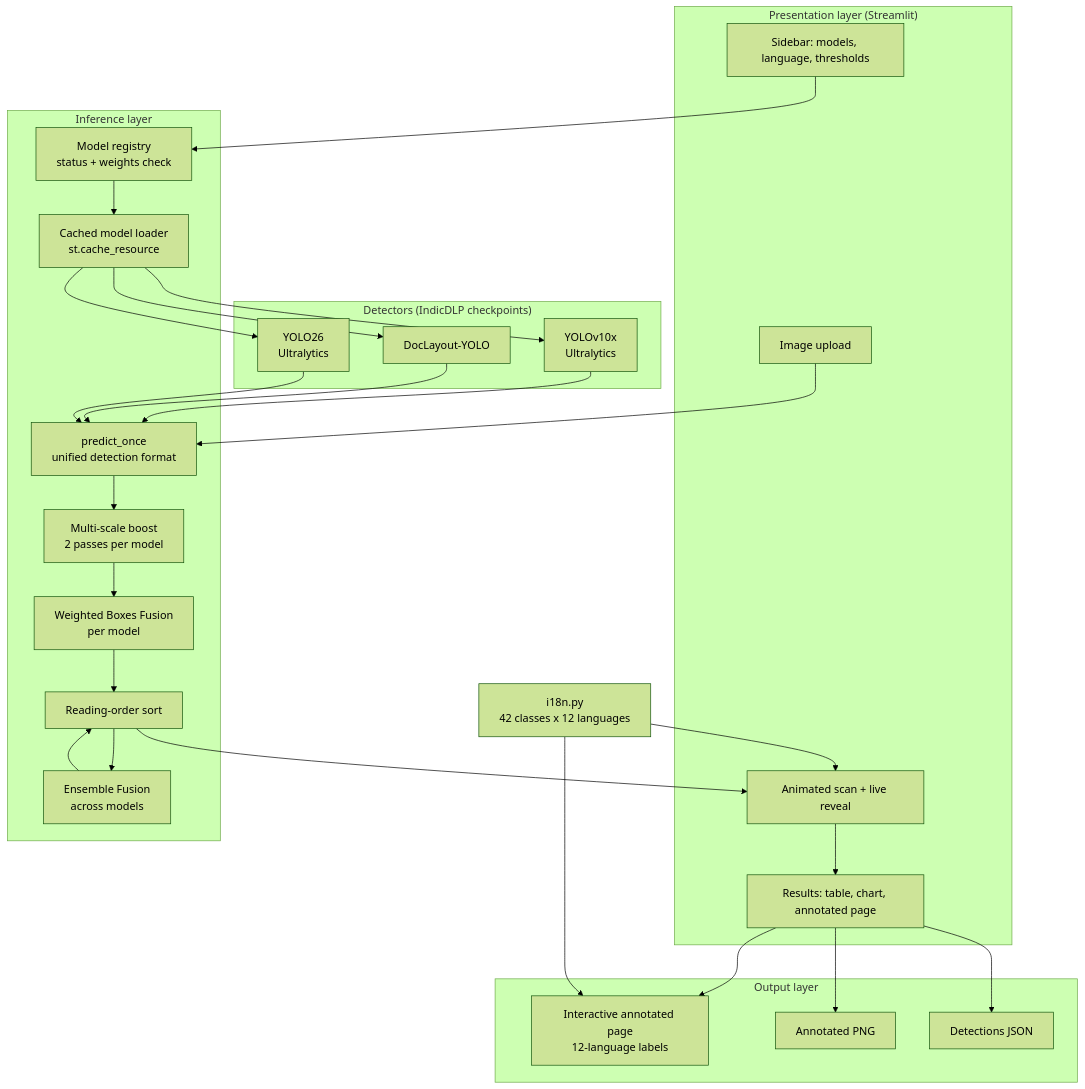
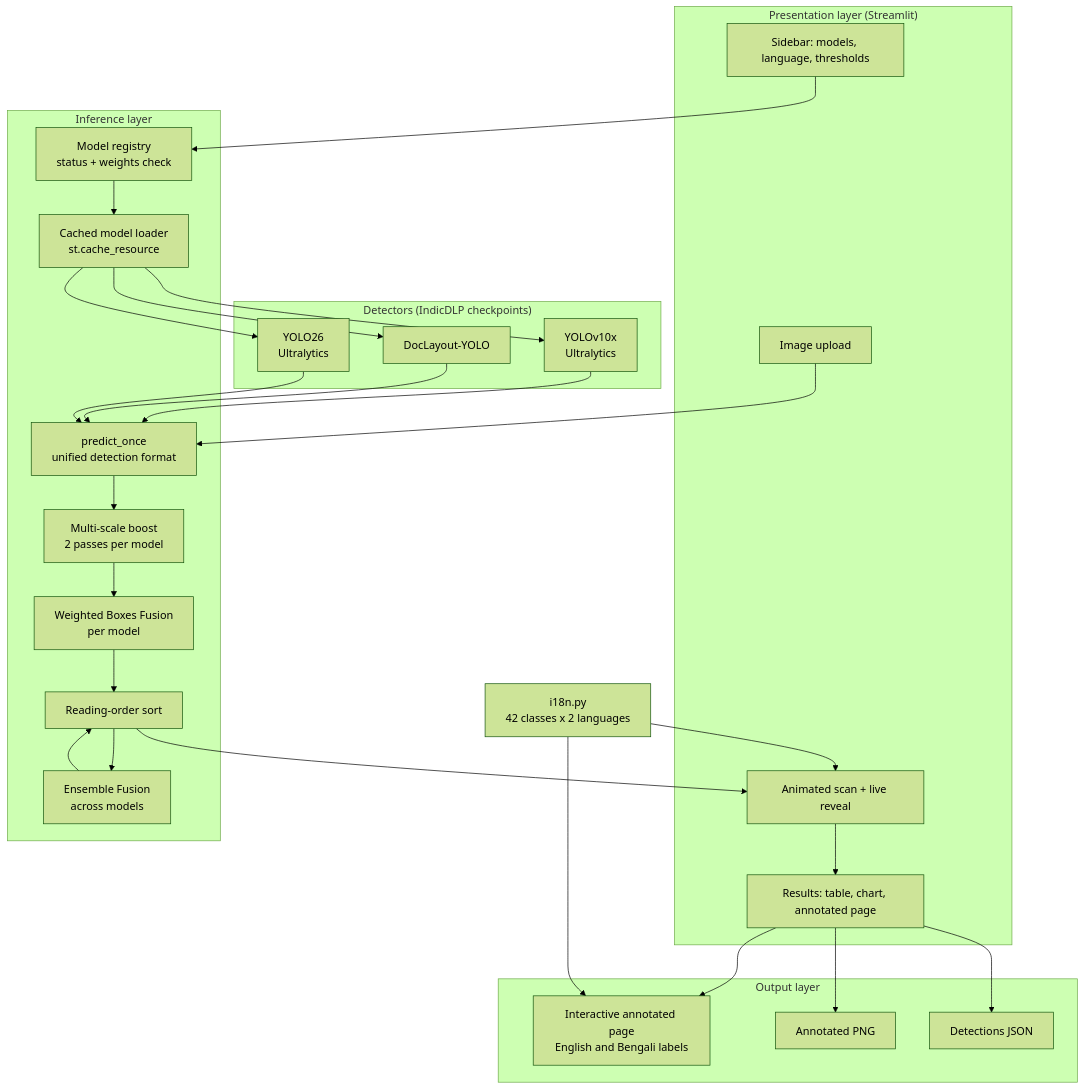
One commit to RajdipDhar2007/IndicDLP-Live-Layout-Studio changed the third of 6 diagrams in README.md. Above: the diagram before and after it, drawn with Mermaid (forest theme). The commit also changed other lines of this file and 2 other files, not shown here.

Commit message:
Limit the app and docs to English and Bengali

````diff
--- a/README.md
+++ b/README.md
@@ -172,51 +174,51 @@
 ```mermaid
 flowchart TB
     subgraph UI["Presentation layer (Streamlit)"]
         U1["Image upload"]
         U2["Sidebar: models, language, thresholds"]
         U3["Animated scan + live reveal"]
         U4["Results: table, chart, annotated page"]
     end
 
     subgraph CORE["Inference layer"]
         R["Model registry<br/>status + weights check"]
         L["Cached model loader<br/>st.cache_resource"]
         P["predict_once<br/>unified detection format"]
         MS["Multi-scale boost<br/>2 passes per model"]
         F1["Weighted Boxes Fusion<br/>per model"]
         F2["Ensemble Fusion<br/>across models"]
         RO["Reading-order sort"]
     end
 
     subgraph MODELS["Detectors (IndicDLP checkpoints)"]
         M1["YOLOv10x<br/>Ultralytics"]
         M2["DocLayout-YOLO"]
         M3["YOLO26<br/>Ultralytics"]
     end
 
     subgraph OUT["Output layer"]
-        O1["Interactive annotated page<br/>12-language labels"]
+        O1["Interactive annotated page<br/>English and Bengali labels"]
         O2["Annotated PNG"]
         O3["Detections JSON"]
     end
 
-    I18["i18n.py<br/>42 classes x 12 languages"]
+    I18["i18n.py<br/>42 classes x 2 languages"]
 
     U1 --> P
     U2 --> R
     R --> L
     L --> M1
     L --> M2
     L --> M3
     M1 --> P
     M2 --> P
     M3 --> P
     P --> MS --> F1 --> RO --> U3
     RO --> F2 --> RO
     U3 --> U4
     U4 --> O1
     U4 --> O2
     U4 --> O3
     I18 --> O1
     I18 --> U3
 ```
````
